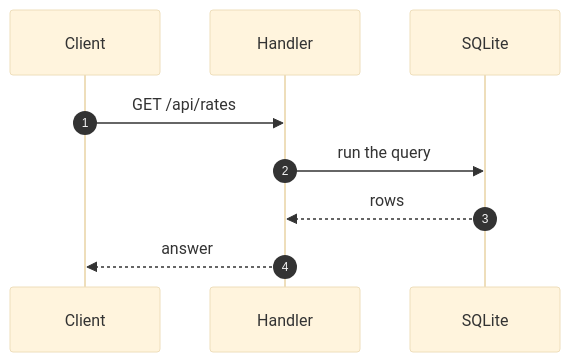
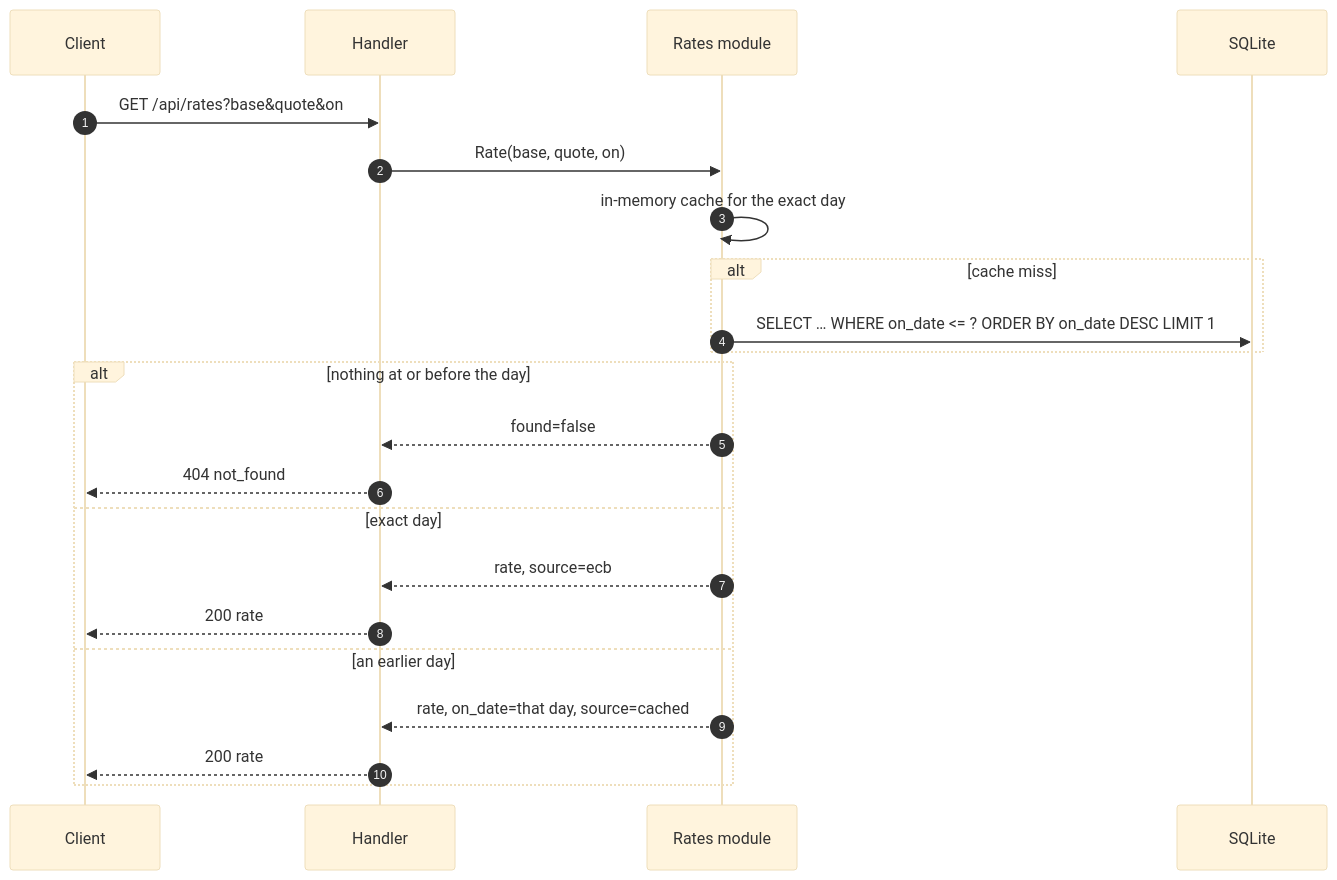
One commit to dimasbaguspm/spenicle changed the diagram in docs/endpoints/GET_api_rates.md. Above: the diagram before and after it, drawn with Mermaid (base theme). The commit also changed other lines of this file and 37 other files, not shown here.

````diff
--- a/docs/endpoints/GET_api_rates.md
+++ b/docs/endpoints/GET_api_rates.md
@@ -50,11 +58,24 @@
 ```mermaid
 sequenceDiagram
     autonumber
     participant C as Client
     participant H as Handler
+    participant R as Rates module
     participant DB as SQLite
-    C->>H: GET /api/rates
-    H->>DB: run the query
-    DB-->>H: rows
-    H-->>C: answer
+    C->>H: GET /api/rates?base&quote&on
+    H->>R: Rate(base, quote, on)
+    R->>R: in-memory cache for the exact day
+    alt cache miss
+        R->>DB: SELECT … WHERE on_date <= ? ORDER BY on_date DESC LIMIT 1
+    end
+    alt nothing at or before the day
+        R-->>H: found=false
+        H-->>C: 404 not_found
+    else exact day
+        R-->>H: rate, source=ecb
+        H-->>C: 200 rate
+    else an earlier day
+        R-->>H: rate, on_date=that day, source=cached
+        H-->>C: 200 rate
+    end
 ```
````
